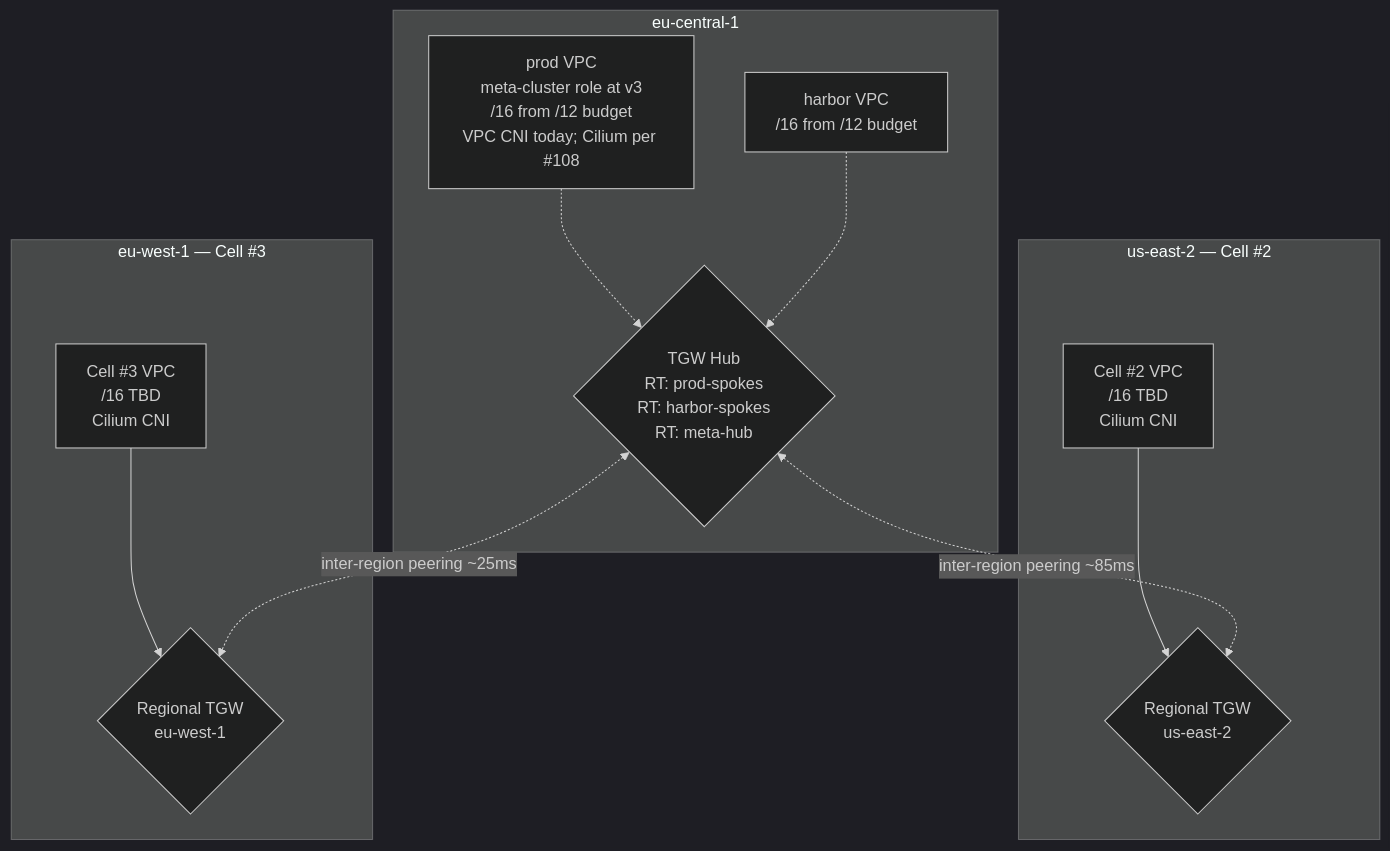
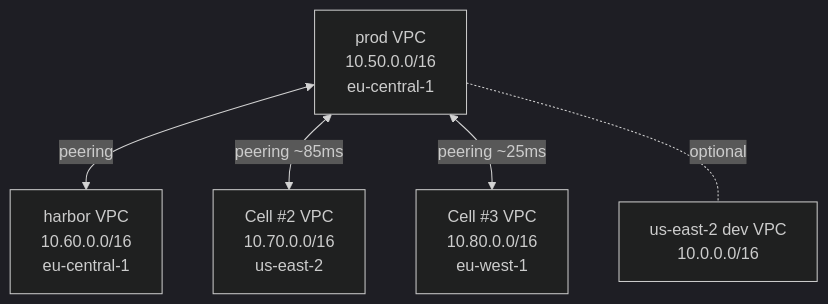
One commit to sei-protocol/sei-internal-skills changed the third of 4 diagrams in design/high-level/meta-cluster-architecture.md. Above: the diagram before and after it, drawn with Mermaid (dark theme). The commit also changed other lines of this file, not shown here.

````diff
--- a/design/high-level/meta-cluster-architecture.md
+++ b/design/high-level/meta-cluster-architecture.md
@@ -228,25 +225,13 @@
 ```mermaid
 graph TB
-    subgraph Hub[eu-central-1]
-        ProdVPC[prod VPC<br/>meta-cluster role at v3<br/>/16 from /12 budget<br/>VPC CNI today; Cilium per #108]
-        TGW{TGW Hub<br/>RT: prod-spokes<br/>RT: harbor-spokes<br/>RT: meta-hub}
-        HarborVPC[harbor VPC<br/>/16 from /12 budget]
-        ProdVPC -.->TGW
-        HarborVPC -.->TGW
-    end
+    Prod[prod VPC<br/>10.50.0.0/16<br/>eu-central-1]
+    Harbor[harbor VPC<br/>10.60.0.0/16<br/>eu-central-1]
+    Dev[us-east-2 dev VPC<br/>10.0.0.0/16]
+    Cell2[Cell #2 VPC<br/>10.70.0.0/16<br/>us-east-2]
+    Cell3[Cell #3 VPC<br/>10.80.0.0/16<br/>eu-west-1]
 
-    subgraph CellRegion1[us-east-2 — Cell #2]
-        Cell2VPC[Cell #2 VPC<br/>/16 TBD<br/>Cilium CNI]
-        Cell2TGW{Regional TGW<br/>us-east-2}
-        Cell2VPC --> Cell2TGW
-    end
-
-    subgraph CellRegion2[eu-west-1 — Cell #3]
-        Cell3VPC[Cell #3 VPC<br/>/16 TBD<br/>Cilium CNI]
-        Cell3TGW{Regional TGW<br/>eu-west-1}
-        Cell3VPC --> Cell3TGW
-    end
-
-    TGW <-.inter-region peering ~85ms.-> Cell2TGW
-    TGW <-.inter-region peering ~25ms.-> Cell3TGW
+    Prod <-->|peering| Harbor
+    Prod <-->|peering ~85ms| Cell2
+    Prod <-->|peering ~25ms| Cell3
+    Prod -.optional.- Dev
 ```
````
